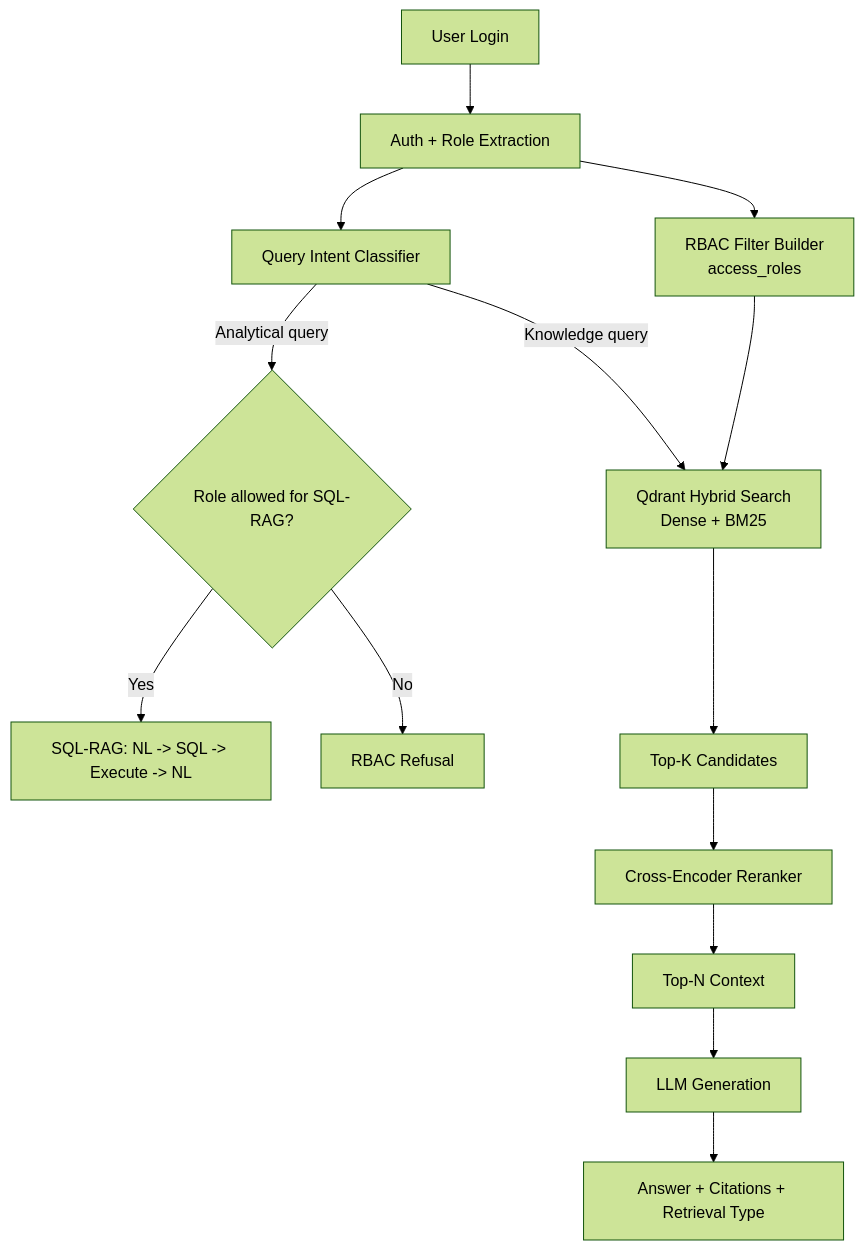
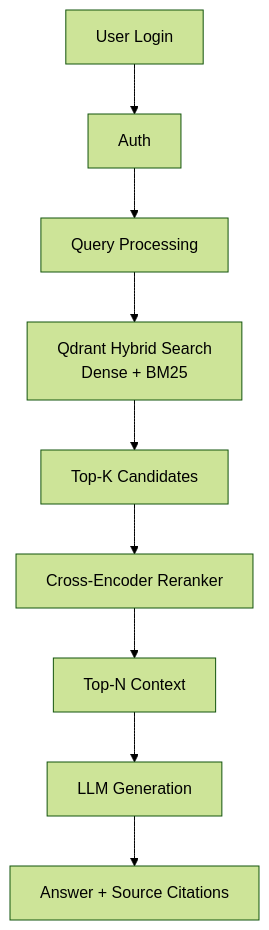
The diagram in README.md (Ganeshveda/Medibot-RAG), drawn with Mermaid (forest theme) before and after one commit. The commit also changed other lines of this file and 5 other files, not shown here.

````diff
--- a/README.md
+++ b/README.md
@@ -29,18 +27,11 @@
 ```mermaid
 flowchart TD
-    U[User Login] --> A[Auth + Role Extraction]
-    A --> B[Query Intent Classifier]
-
-    B -->|Analytical query| C{Role allowed for SQL-RAG?}
-    C -->|Yes| D[SQL-RAG: NL -> SQL -> Execute -> NL]
-    C -->|No| E[RBAC Refusal]
-
-    B -->|Knowledge query| F[Qdrant Hybrid Search\nDense + BM25]
-    A --> G[RBAC Filter Builder\naccess_roles]
-    G --> F
-    F --> H[Top-K Candidates]
-    H --> I[Cross-Encoder Reranker]
-    I --> J[Top-N Context]
-    J --> K[LLM Generation]
-    K --> L[Answer + Citations + Retrieval Type]
+    U[User Login] --> A[Auth]
+    A --> B[Query Processing]
+    B --> C[Qdrant Hybrid Search\nDense + BM25]
+    C --> D[Top-K Candidates]
+    D --> E[Cross-Encoder Reranker]
+    E --> F[Top-N Context]
+    F --> G[LLM Generation]
+    G --> H[Answer + Source Citations]
 ```
````
